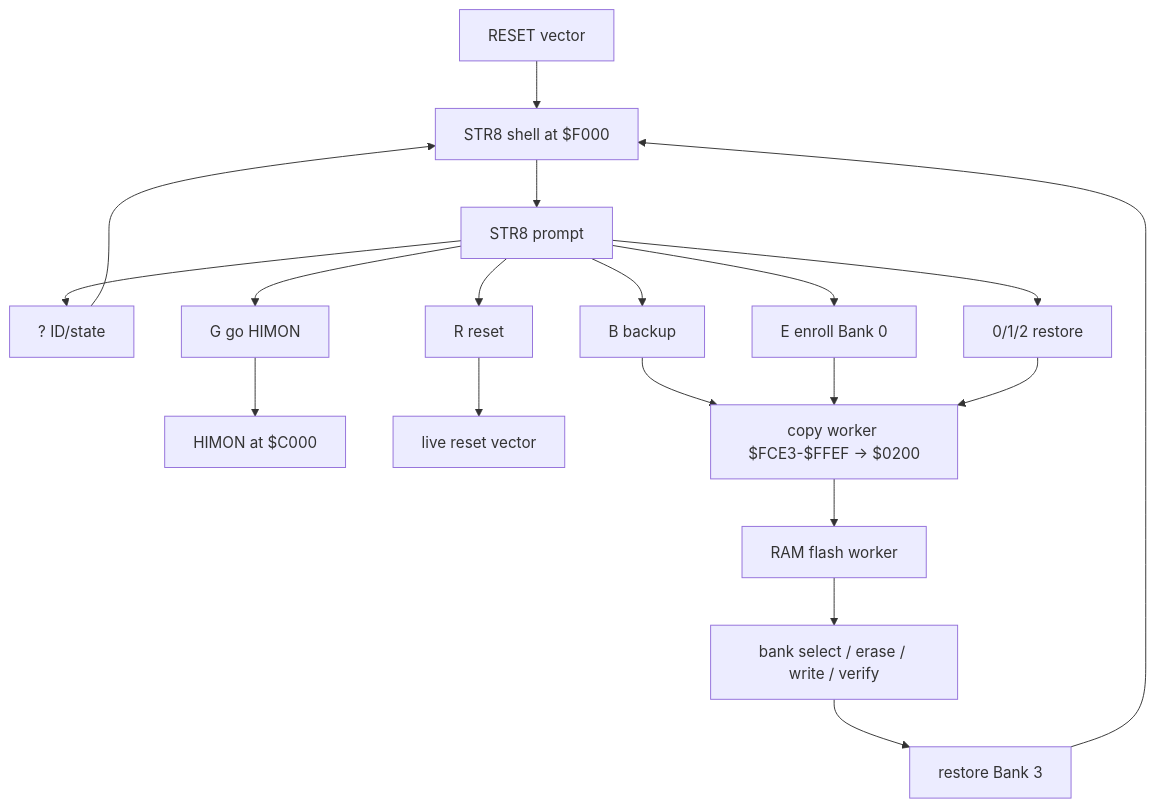
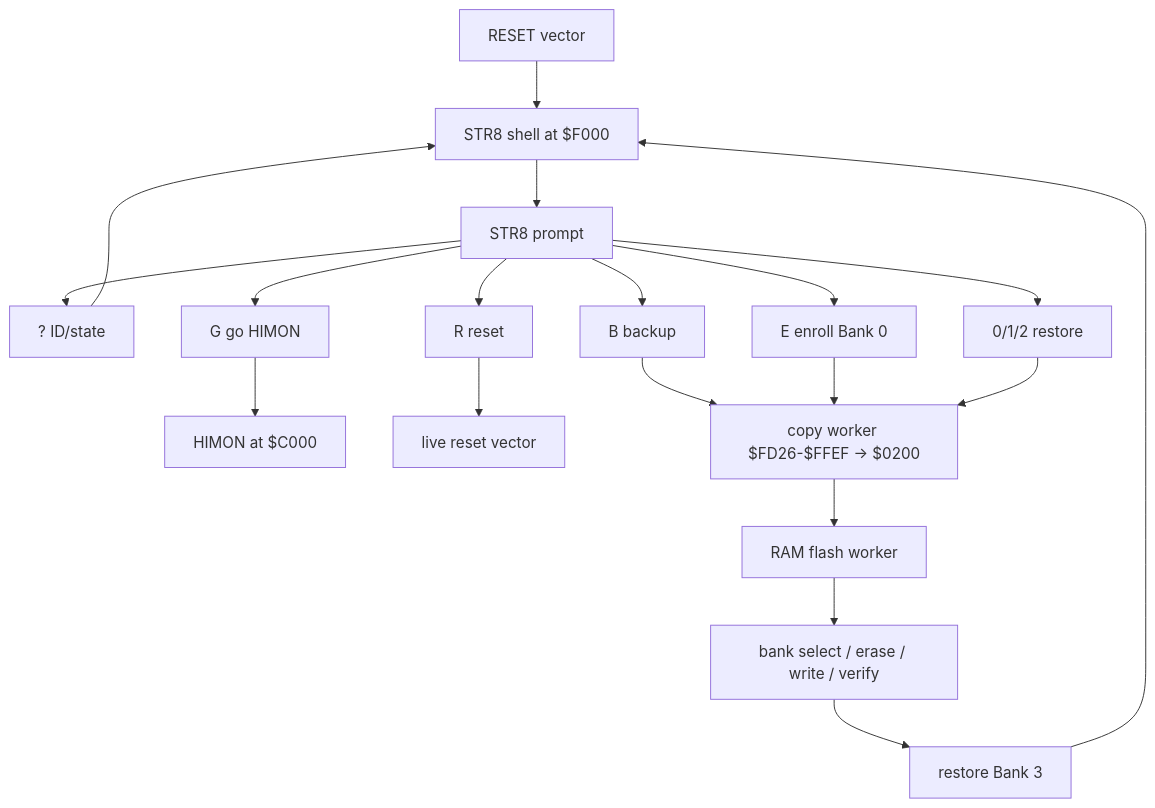
Before and after one commit to 95westus/R-YORS: the second of 3 diagrams in DOC/GUIDES/STR8/STR8.md, drawn with Mermaid. The commit also changed other lines of this file and 46 other files, not shown here.

````diff
--- a/DOC/GUIDES/STR8/STR8.md
+++ b/DOC/GUIDES/STR8/STR8.md
@@ -606,25 +609,25 @@
 ```mermaid
 flowchart TD
     RESET[RESET vector] --> STR8[STR8 shell at $F000]
     STR8 --> PROMPT[STR8 prompt]
 
     PROMPT --> Q[? ID/state]
     PROMPT --> B[B backup]
     PROMPT --> E[E enroll Bank 0]
     PROMPT --> RST[0/1/2 restore]
     PROMPT --> G[G go HIMON]
     PROMPT --> R[R reset]
 
     G --> HIMON[HIMON at $C000]
     R --> RESETV[live reset vector]
 
-    B --> COPY[copy worker $FCE3-$FFEF -> $0200]
+    B --> COPY[copy worker $FD26-$FFEF -> $0200]
     E --> COPY
     RST --> COPY
     COPY --> WORKER[RAM flash worker]
     WORKER --> FLASH[bank select / erase / write / verify]
     FLASH --> BANK3[restore Bank 3]
     BANK3 --> STR8
 
     Q --> STR8
 ```
````
